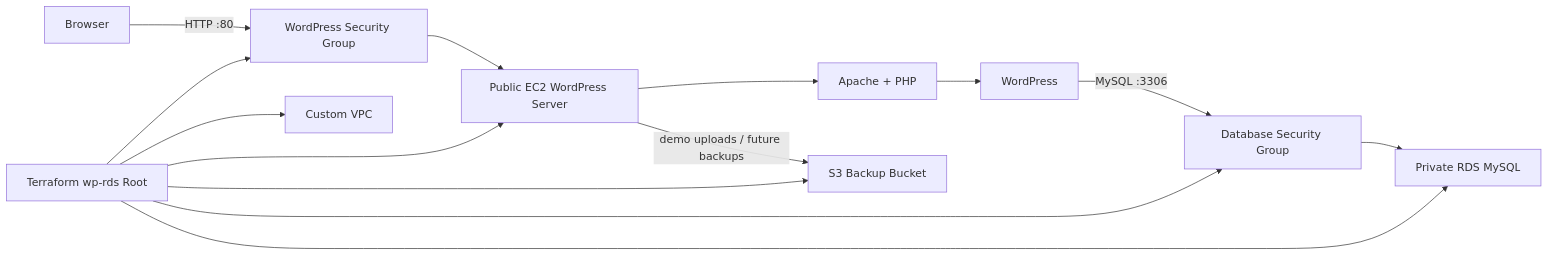
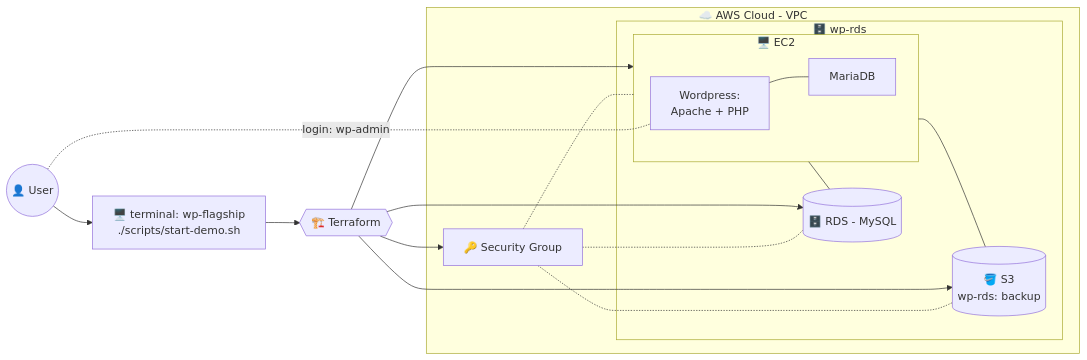
Before and after one commit to bebopinbebop/wordpress-flagship: the diagram in docs/wp-rds-guide.md, drawn with Mermaid. The commit also changed other lines of this file and 1 other file, not shown here.

Commit message:
comment on the USER DATA file
start on the improvement on the documentation for wp-rds-guide

````diff
--- a/docs/wp-rds-guide.md
+++ b/docs/wp-rds-guide.md
@@ -11,16 +11,45 @@
 ```mermaid
 flowchart LR
-    Browser["Browser"] -->|HTTP :80| WebSG["WordPress Security Group"]
-    WebSG --> EC2["Public EC2 WordPress Server"]
-    EC2 --> Apache["Apache + PHP"]
-    Apache --> WP["WordPress"]
-    WP -->|MySQL :3306| DbSG["Database Security Group"]
-    DbSG --> RDS["Private RDS MySQL"]
-    EC2 -->|demo uploads / future backups| S3["S3 Backup Bucket"]
-    Terraform["Terraform wp-rds Root"] --> VPC["Custom VPC"]
-    Terraform --> WebSG
-    Terraform --> DbSG
+    User["🖥️ terminal: wp-flagship\n./scripts/start-demo.sh"]
+    USER((👤 User))
+    Terraform{{🏗️ Terraform}}
+    RDS[(🗄️ RDS - MySQL)]
+    S3[(🪣 S3\nwp-rds: backup)]
+    
+
+    subgraph AWS["☁️ AWS Cloud - VPC"]
+        Security
+        subgraph VPC["🗄️ wp-rds"]
+        S3
+            subgraph EC2[🖥️ EC2]
+        
+                Wordpress[Wordpress:\nApache + PHP]
+                MariaDB
+                Wordpress --- MariaDB
+                
+            end
+            
+
+        RDS
+            
+        end
+    end
+
+    USER -.- |login: wp-admin| Wordpress
+    
+    USER --> User
+    Security -.- RDS
+    Security -.- EC2
+    Security -.- S3
+
+    User --> Terraform
+
     Terraform --> EC2
+    Terraform --> Security["🔑 Security Group"]
     Terraform --> RDS
     Terraform --> S3
+    
+
+    EC2 ---- S3
+    EC2 --- RDS    
 ```
````
